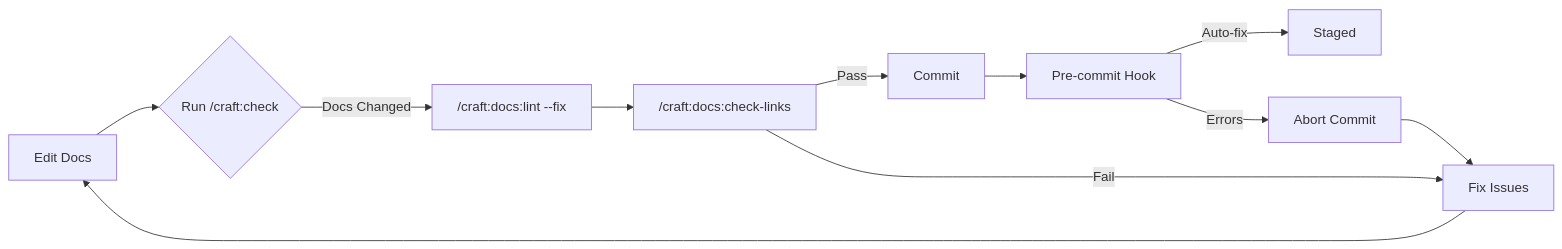
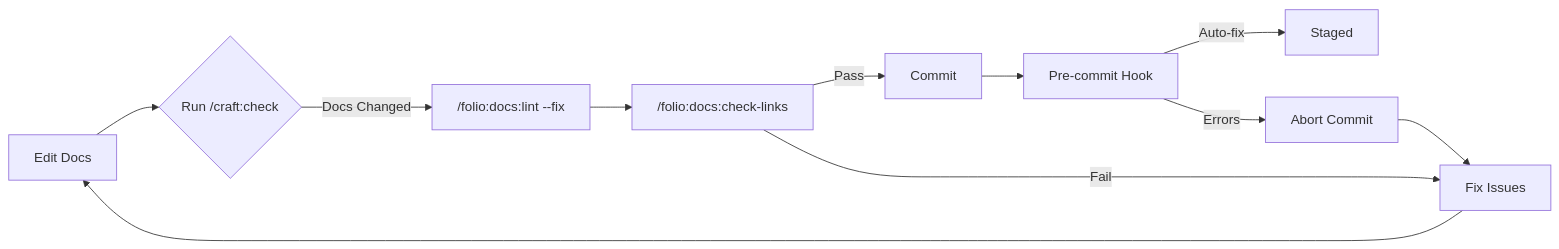
One commit to Data-Wise/craft changed the diagram in docs/reference/documentation-quality.md. Above: the diagram before and after it, drawn with Mermaid. The commit also changed other lines of this file and 64 other files, not shown here.

````diff
--- a/docs/reference/documentation-quality.md
+++ b/docs/reference/documentation-quality.md
@@ -495,13 +495,13 @@
 ```mermaid
 graph LR
     A[Edit Docs] --> B{Run /craft:check}
-    B -->|Docs Changed| C["/craft:docs:lint --fix"]
-    C --> D["/craft:docs:check-links"]
+    B -->|Docs Changed| C["/folio:docs:lint --fix"]
+    C --> D["/folio:docs:check-links"]
     D -->|Pass| E[Commit]
     D -->|Fail| F[Fix Issues]
     F --> A
     E --> G[Pre-commit Hook]
     G -->|Auto-fix| H[Staged]
     G -->|Errors| I[Abort Commit]
     I --> F
 ```
````
